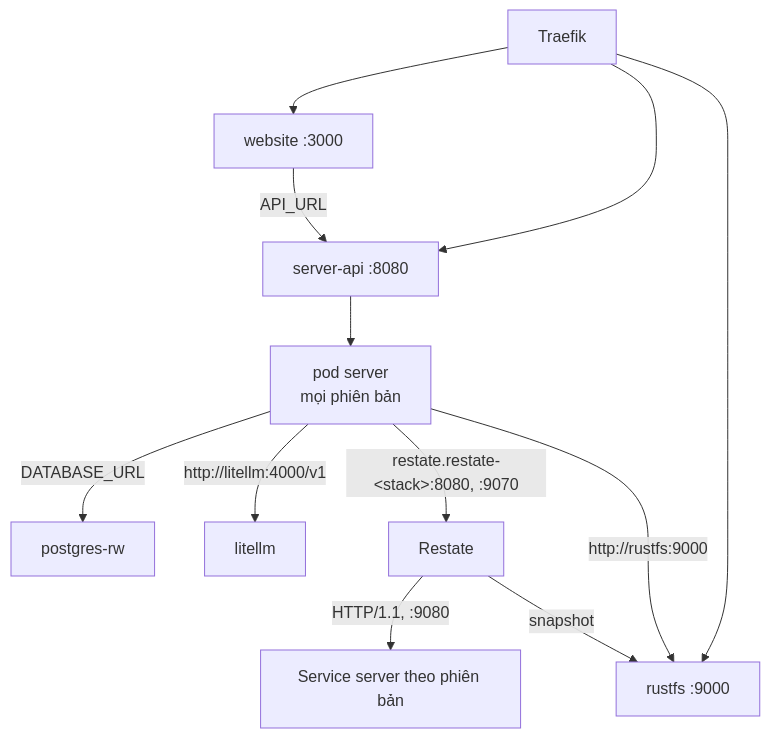
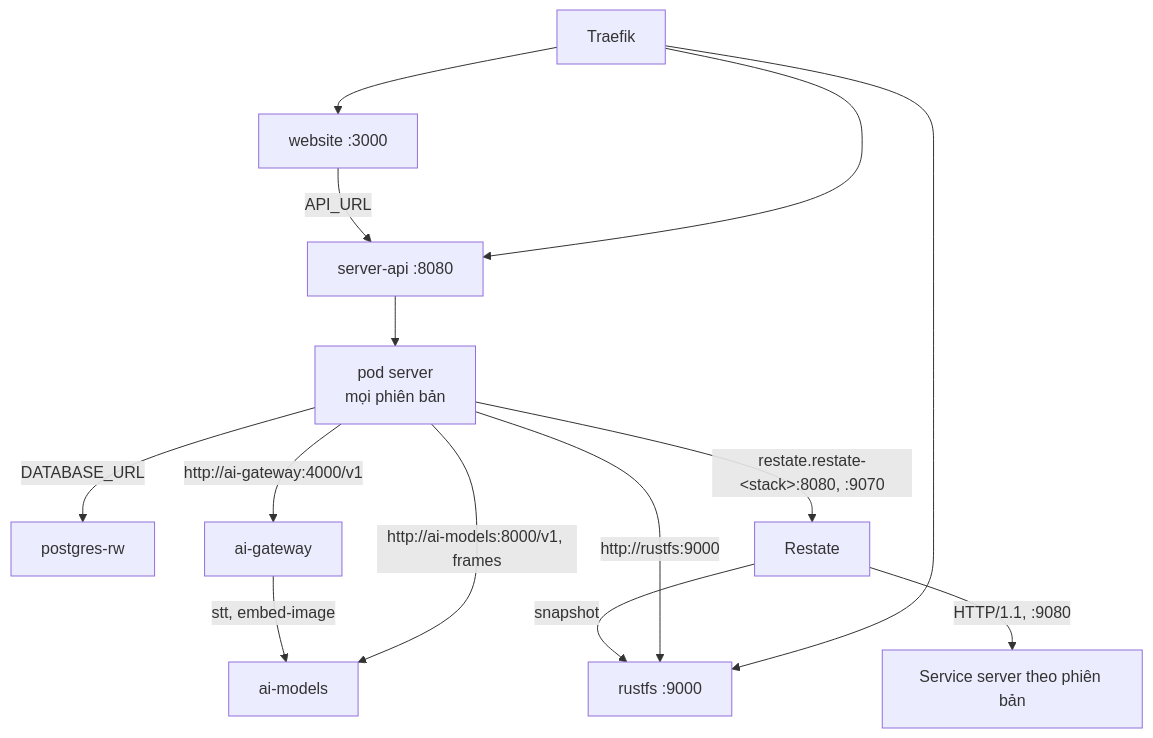
The second of 3 diagrams in web/src/content/docs/vi/operations/cluster/networking.mdx (shopnexus/docs), drawn with Mermaid before and after one commit. The commit also changed other lines of this file and 17 other files, not shown here.

````diff
--- a/web/src/content/docs/vi/operations/cluster/networking.mdx
+++ b/web/src/content/docs/vi/operations/cluster/networking.mdx
@@ -105,14 +105,16 @@
 ```mermaid title="Các lời gọi trong một stack"
 flowchart TB
   T["Traefik"] --> W["website :3000"]
   T --> SA["server-api :8080"]
   T --> RF["rustfs :9000"]
   W -->|"API_URL"| SA
   SA --> S1["pod server<br/>mọi phiên bản"]
   S1 -->|"DATABASE_URL"| PG["postgres-rw"]
   S1 -->|"http://rustfs:9000"| RF
-  S1 -->|"http://litellm:4000/v1"| LL["litellm"]
+  S1 -->|"http://ai-gateway:4000/v1"| LL["ai-gateway"]
+  S1 -->|"http://ai-models:8000/v1, frames"| AM["ai-models"]
+  LL -->|"stt, embed-image"| AM
   S1 -->|"restate.restate-#lt;stack#gt;:8080, :9070"| R["Restate"]
   R -->|"HTTP/1.1, :9080"| SV["Service server theo phiên bản"]
   R -->|"snapshot"| RF
 ```
````
